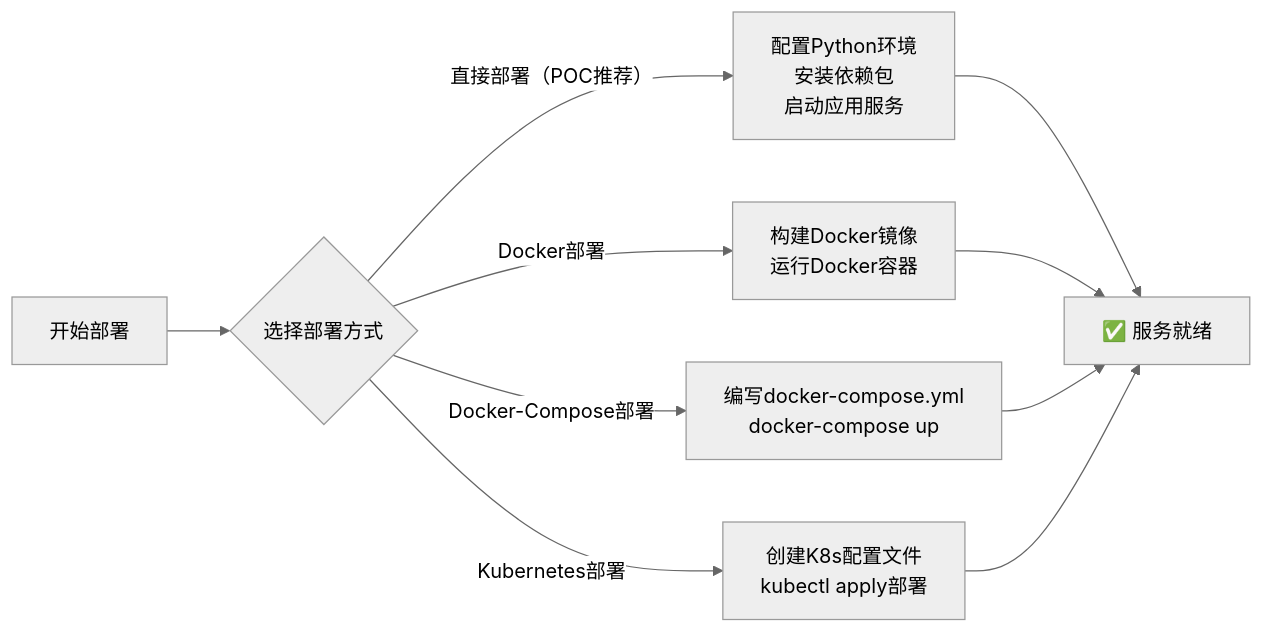
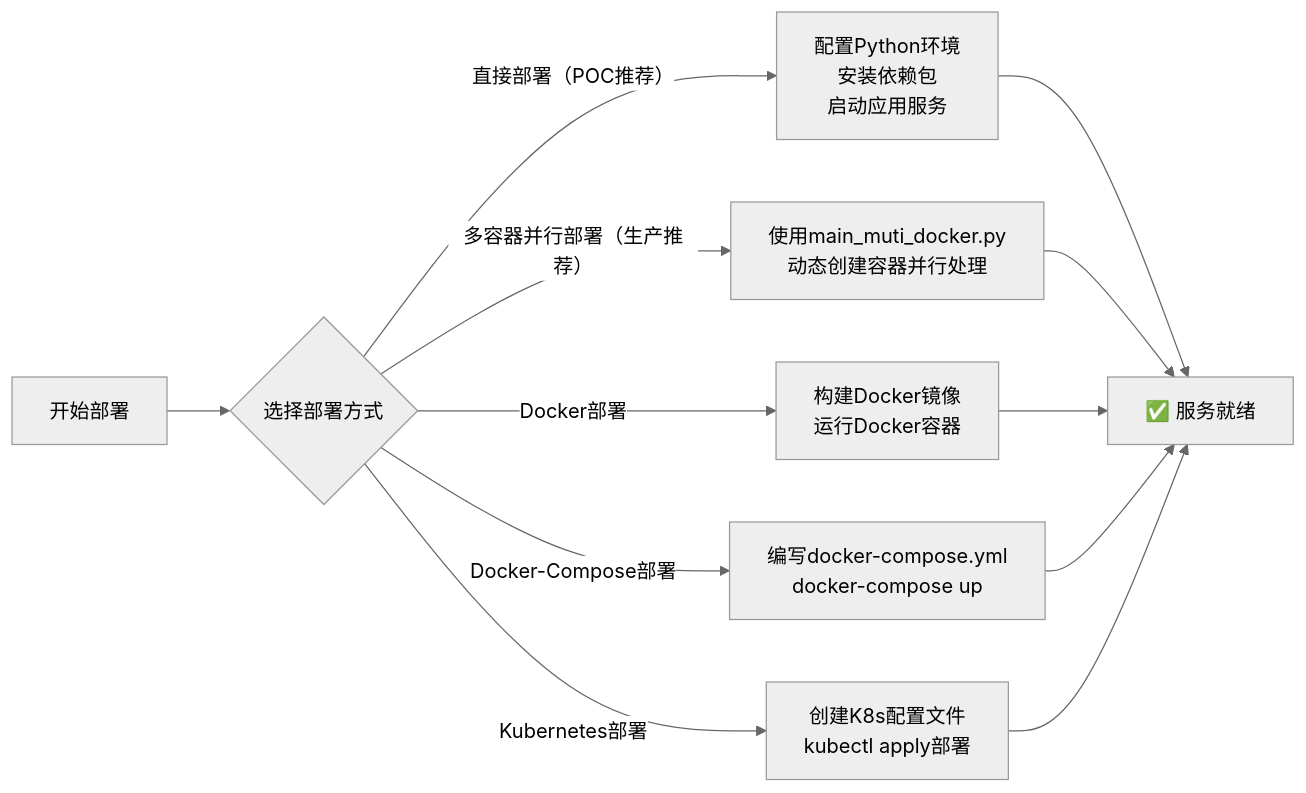
One commit to Hor1zonZzz/convert2pdf_server changed the first of 2 diagrams in README.md. Above: the diagram before and after it, drawn with Mermaid (neutral theme). The commit also changed other lines of this file and 8 other files, not shown here.

````diff
--- a/README.md
+++ b/README.md
@@ -15,14 +64,17 @@
 ```mermaid
 graph LR
   START[开始部署] --> CHOOSE{选择部署方式}
 
   CHOOSE -->|直接部署（POC推荐）| DIRECT[配置Python环境<br/>安装依赖包<br/>启动应用服务]
+  CHOOSE -->|多容器并行部署（生产推荐）| MULTI[使用main_muti_docker.py<br/>动态创建容器并行处理]
   CHOOSE -->|Docker部署| DOCKER[构建Docker镜像<br/>运行Docker容器]
   CHOOSE -->|Docker-Compose部署| COMPOSE[编写docker-compose.yml<br/>docker-compose up]
+  
   CHOOSE -->|Kubernetes部署| K8S[创建K8s配置文件<br/>kubectl apply部署]
 
   DIRECT --> READY[✅ 服务就绪]
+  MULTI --> READY
   DOCKER --> READY
   COMPOSE --> READY
   K8S --> READY
 ```
````
